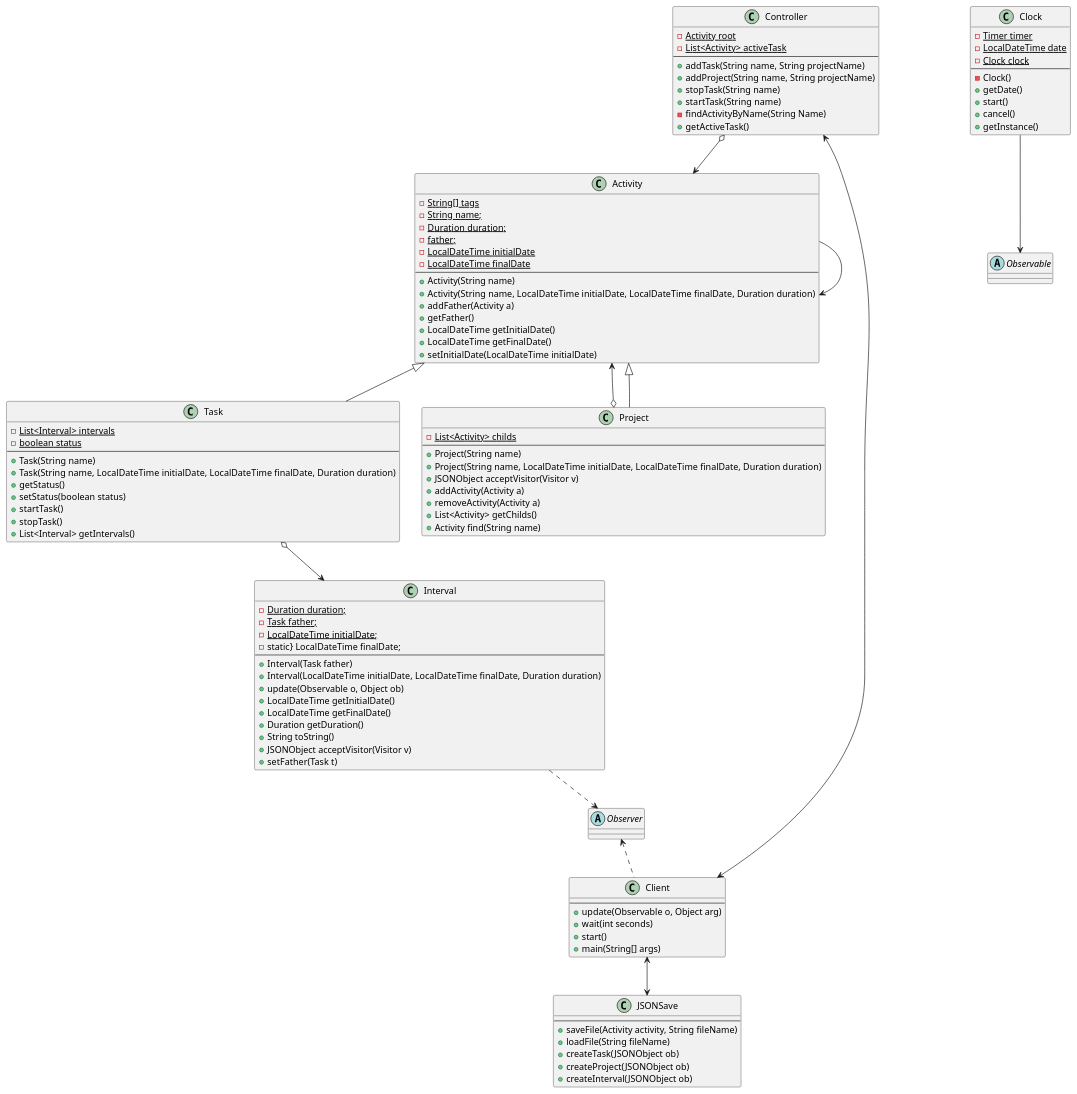
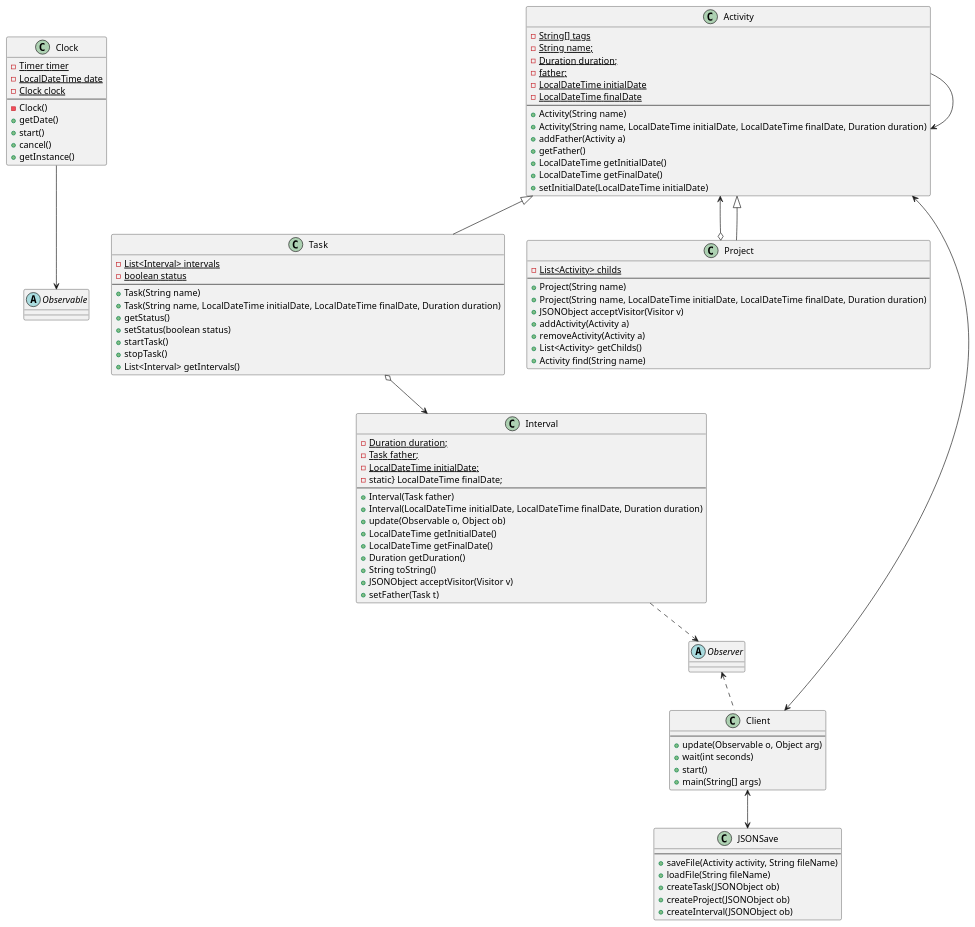
The diagram in src/UMLDiagram.puml (MarcSalaManzano/TimeTraker), drawn with PlantUML before and after one commit.

Commit message:
UML modified

```diff
--- a/src/UMLDiagram.puml
+++ b/src/UMLDiagram.puml
@@ -1,130 +1,120 @@
 @startuml
 
-abstract class Controller
+
 abstract class Clock
 abstract class Observable
 abstract class Activity
 abstract class Interval
 abstract class Observer
 abstract class Task
 abstract class Project
 abstract class JSONSave
 abstract class Client
 
 
-Controller o--> Activity
-Controller <--> Client
+
+Activity <--> Client
 Activity --> Activity
 Activity <--o Project
 Activity <|-- Project
 Activity <|-- Task
 Task o--> Interval
 Interval ..> Observer
 Observer <.. Client
 Client <--> JSONSave
 Clock --> Observable
 
-class Controller {
-- {static} Activity root
-- {static} List<Activity> activeTask
---
-+ addTask(String name, String projectName)
-+ addProject(String name, String projectName)
-+ stopTask(String name)
-+ startTask(String name)
-- findActivityByName(String Name)
-+ getActiveTask()
-}
+
 
 class Clock {
 - {static} Timer timer
 - {static} LocalDateTime date
 - {static} Clock clock
 --
 - Clock()
 + getDate()
 + start()
 + cancel()
 + getInstance()
 }
 
 class Activity{
 - {static} String[] tags
 - {static} String name;
 - {static} Duration duration;
 - {static} father;
 - {static} LocalDateTime initialDate
 - {static} LocalDateTime finalDate
 --
 + Activity(String name)
 + Activity(String name, LocalDateTime initialDate, LocalDateTime finalDate, Duration duration)
 + addFather(Activity a)
 + getFather()
 + LocalDateTime getInitialDate()
 + LocalDateTime getFinalDate()
 + setInitialDate(LocalDateTime initialDate)
 }
 
 class Interval{
 - {static} Duration duration;
 - {static} Task father;
 - {static} LocalDateTime initialDate;
 - static} LocalDateTime finalDate;
 --
 + Interval(Task father)
 + Interval(LocalDateTime initialDate, LocalDateTime finalDate, Duration duration)
 + update(Observable o, Object ob)
 + LocalDateTime getInitialDate()
 + LocalDateTime getFinalDate()
 + Duration getDuration()
 + String toString()
 + JSONObject acceptVisitor(Visitor v)
 + setFather(Task t)
 }
 
 class Task{
 - {static} List<Interval> intervals
 - {static} boolean status
 --
 + Task(String name)
 + Task(String name, LocalDateTime initialDate, LocalDateTime finalDate, Duration duration)
 + getStatus()
 + setStatus(boolean status)
 + startTask()
 + stopTask()
 + List<Interval> getIntervals()
 }
 
 class Project{
 - {static} List<Activity> childs
 --
 + Project(String name)
 + Project(String name, LocalDateTime initialDate, LocalDateTime finalDate, Duration duration)
 + JSONObject acceptVisitor(Visitor v)
 + addActivity(Activity a)
 + removeActivity(Activity a)
 + List<Activity> getChilds()
 + Activity find(String name)
 }
 
 
 class Client{
 --
 + update(Observable o, Object arg)
 + wait(int seconds)
 + start()
 + main(String[] args)
 }
 
 
 class JSONSave{
 --
 + saveFile(Activity activity, String fileName)
 + loadFile(String fileName)
 + createTask(JSONObject ob)
 + createProject(JSONObject ob)
 + createInterval(JSONObject ob)
 }
 
 
 @enduml
```
